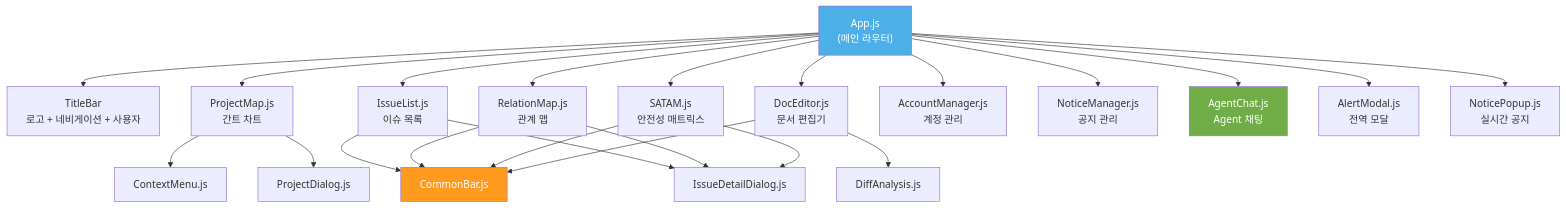
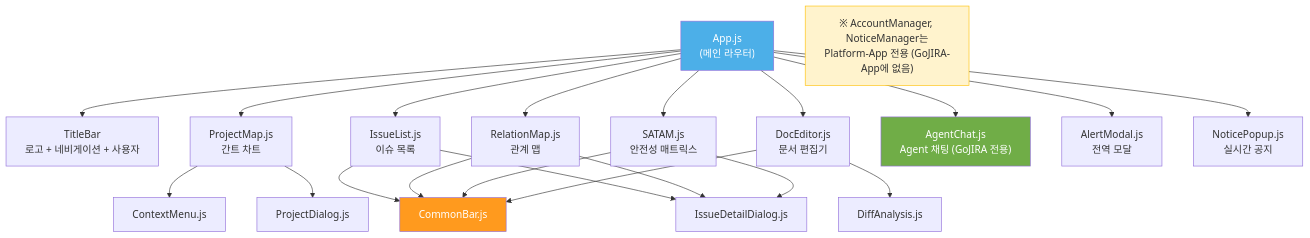
Before and after one commit to archi-duke/GoJIRA: the first of 6 diagrams in docs/design-application.md, drawn with Mermaid. The commit also changed other lines of this file and 3 other files, not shown here.

````diff
--- a/docs/design-application.md
+++ b/docs/design-application.md
@@ -37,35 +37,36 @@
 ```mermaid
 graph TD
     App["App.js<br/>(메인 라우터)"]
 
     App --> TitleBar["TitleBar<br/>로고 + 네비게이션 + 사용자"]
     App --> ProjectMap["ProjectMap.js<br/>간트 차트"]
     App --> IssueList["IssueList.js<br/>이슈 목록"]
     App --> RelationMap["RelationMap.js<br/>관계 맵"]
     App --> SATAM["SATAM.js<br/>안전성 매트릭스"]
     App --> DocEditor["DocEditor.js<br/>문서 편집기"]
-    App --> AccountManager["AccountManager.js<br/>계정 관리"]
-    App --> NoticeManager["NoticeManager.js<br/>공지 관리"]
-    App --> AgentChat["AgentChat.js<br/>Agent 채팅"]
+    App --> AgentChat["AgentChat.js<br/>Agent 채팅 (GoJIRA 전용)"]
     App --> AlertModal["AlertModal.js<br/>전역 모달"]
     App --> NoticePopup["NoticePopup.js<br/>실시간 공지"]
+
+    note1["※ AccountManager, NoticeManager는<br/>Platform-App 전용 (GoJIRA-App에 없음)"]
+    style note1 fill:#fff3cd,stroke:#ffc107
 
     ProjectMap --> ContextMenu["ContextMenu.js"]
     ProjectMap --> ProjectDialog["ProjectDialog.js"]
 
     IssueList --> CommonBar["CommonBar.js"]
     IssueList --> IssueDetailDialog["IssueDetailDialog.js"]
 
     RelationMap --> CommonBar
     RelationMap --> IssueDetailDialog
 
     SATAM --> CommonBar
     SATAM --> IssueDetailDialog
 
     DocEditor --> CommonBar
     DocEditor --> DiffAnalysis["DiffAnalysis.js"]
 
     style App fill:#4cafe8,color:#fff
     style AgentChat fill:#70ad47,color:#fff
     style CommonBar fill:#ff9a1e,color:#fff
 ```
````
